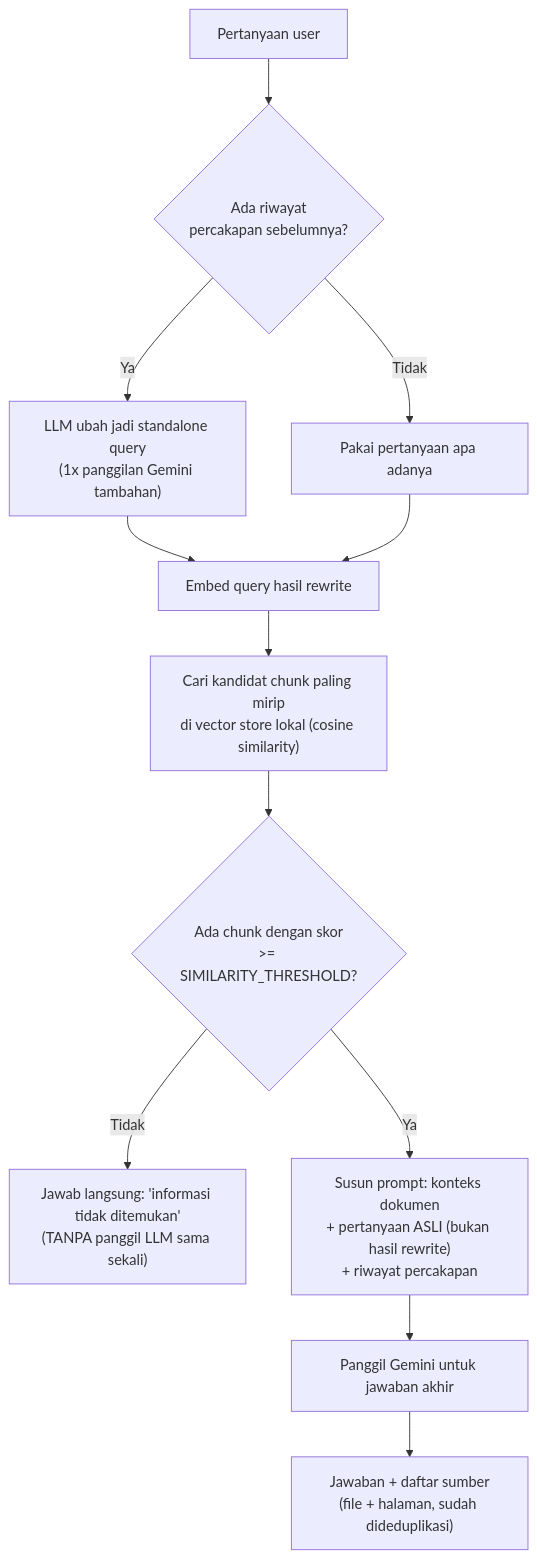
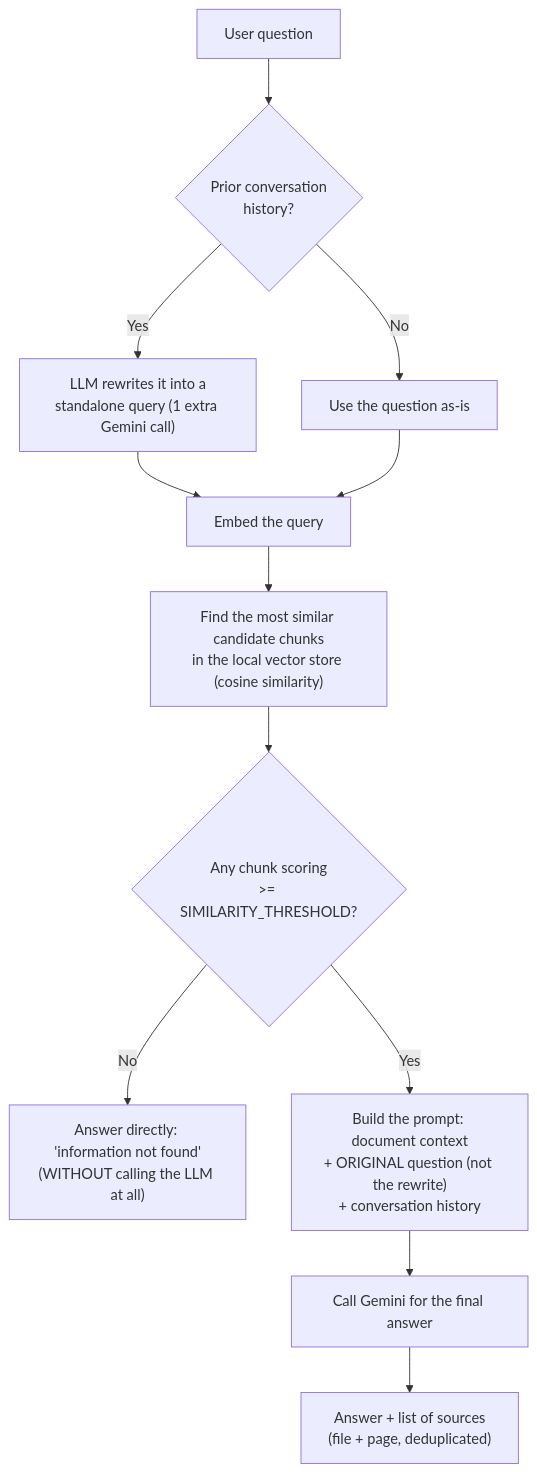
The fifth of 5 diagrams in README.md (mahawaditra/ChatbotOSUI), drawn with Mermaid before and after one commit. The commit also changed other lines of this file, not shown here.

````diff
--- a/README.md
+++ b/README.md
@@ -63,14 +246,14 @@
 ```mermaid
 flowchart TD
-    Q["Pertanyaan user"] --> H{"Ada riwayat<br/>percakapan sebelumnya?"}
-    H -->|Ya| R["LLM ubah jadi standalone query<br/>(1x panggilan Gemini tambahan)"]
-    H -->|Tidak| S["Pakai pertanyaan apa adanya"]
-    R --> V["Embed query hasil rewrite"]
+    Q["User question"] --> H{"Prior conversation<br/>history?"}
+    H -->|Yes| R["LLM rewrites it into a<br/>standalone query (1 extra Gemini call)"]
+    H -->|No| S["Use the question as-is"]
+    R --> V["Embed the query"]
     S --> V
-    V --> M["Cari kandidat chunk paling mirip<br/>di vector store lokal (cosine similarity)"]
-    M --> T{"Ada chunk dengan skor<br/>>= SIMILARITY_THRESHOLD?"}
-    T -->|Tidak| X["Jawab langsung: 'informasi tidak ditemukan'<br/>(TANPA panggil LLM sama sekali)"]
-    T -->|Ya| P["Susun prompt: konteks dokumen<br/>+ pertanyaan ASLI (bukan hasil rewrite)<br/>+ riwayat percakapan"]
-    P --> L["Panggil Gemini untuk jawaban akhir"]
-    L --> AN["Jawaban + daftar sumber<br/>(file + halaman, sudah dideduplikasi)"]
+    V --> M["Find the most similar candidate chunks<br/>in the local vector store (cosine similarity)"]
+    M --> T{"Any chunk scoring<br/>>= SIMILARITY_THRESHOLD?"}
+    T -->|No| X["Answer directly: 'information not found'<br/>(WITHOUT calling the LLM at all)"]
+    T -->|Yes| P["Build the prompt: document context<br/>+ ORIGINAL question (not the rewrite)<br/>+ conversation history"]
+    P --> L["Call Gemini for the final answer"]
+    L --> AN["Answer + list of sources<br/>(file + page, deduplicated)"]
 ```
````
